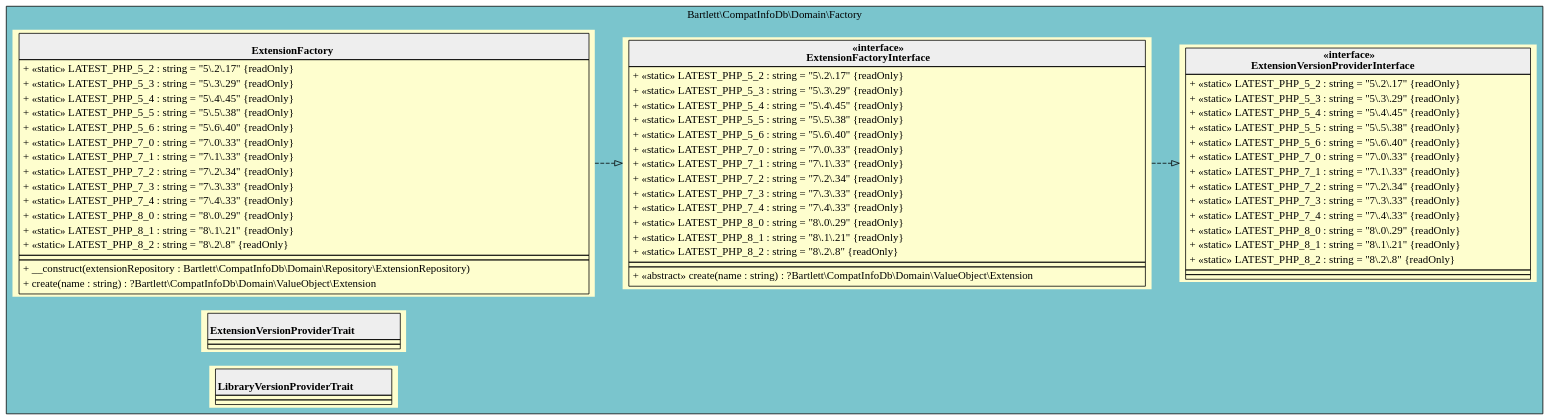
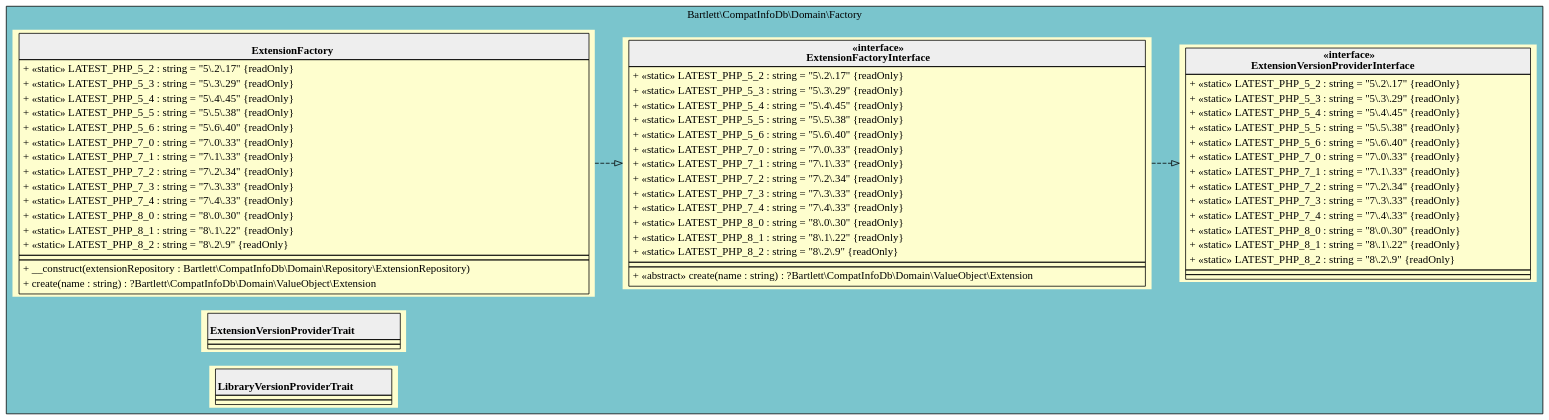
One commit to llaville/php-compatinfo-db changed the diagram in 5.x/assets/images/domain-factory.html.gv. Above: the diagram before and after it, drawn with Graphviz. The commit also changed 38 other files, not shown here.

```diff
--- a/5.x/assets/images/domain-factory.html.gv
+++ b/5.x/assets/images/domain-factory.html.gv
@@ -1,90 +1,90 @@
 digraph {
   graph [rankdir="LR" bgcolor="transparent"]
   node [fillcolor="#FEFECE" style="filled"]
   subgraph cluster_0 {
     graph [bgcolor="cadetblue3"]
     label = "Bartlett\\CompatInfoDb\\Domain\\Factory"
     "Bartlett\\CompatInfoDb\\Domain\\Factory\\ExtensionFactory" [shape="none" label=<
 <table cellspacing="0" border="0" cellborder="1">
     <tr><td bgcolor="#eeeeee"><b><br/>ExtensionFactory</b></td></tr>
     <tr><td><table border="0" cellspacing="0" cellpadding="2">
     <tr><td align="left">+ «static» LATEST_PHP_5_2 : string = "5\.2\.17" {readOnly}</td></tr>
     <tr><td align="left">+ «static» LATEST_PHP_5_3 : string = "5\.3\.29" {readOnly}</td></tr>
     <tr><td align="left">+ «static» LATEST_PHP_5_4 : string = "5\.4\.45" {readOnly}</td></tr>
     <tr><td align="left">+ «static» LATEST_PHP_5_5 : string = "5\.5\.38" {readOnly}</td></tr>
     <tr><td align="left">+ «static» LATEST_PHP_5_6 : string = "5\.6\.40" {readOnly}</td></tr>
     <tr><td align="left">+ «static» LATEST_PHP_7_0 : string = "7\.0\.33" {readOnly}</td></tr>
     <tr><td align="left">+ «static» LATEST_PHP_7_1 : string = "7\.1\.33" {readOnly}</td></tr>
     <tr><td align="left">+ «static» LATEST_PHP_7_2 : string = "7\.2\.34" {readOnly}</td></tr>
     <tr><td align="left">+ «static» LATEST_PHP_7_3 : string = "7\.3\.33" {readOnly}</td></tr>
     <tr><td align="left">+ «static» LATEST_PHP_7_4 : string = "7\.4\.33" {readOnly}</td></tr>
-    <tr><td align="left">+ «static» LATEST_PHP_8_0 : string = "8\.0\.29" {readOnly}</td></tr>
-    <tr><td align="left">+ «static» LATEST_PHP_8_1 : string = "8\.1\.21" {readOnly}</td></tr>
-    <tr><td align="left">+ «static» LATEST_PHP_8_2 : string = "8\.2\.8" {readOnly}</td></tr>
+    <tr><td align="left">+ «static» LATEST_PHP_8_0 : string = "8\.0\.30" {readOnly}</td></tr>
+    <tr><td align="left">+ «static» LATEST_PHP_8_1 : string = "8\.1\.22" {readOnly}</td></tr>
+    <tr><td align="left">+ «static» LATEST_PHP_8_2 : string = "8\.2\.9" {readOnly}</td></tr>
 </table></td></tr>
     <tr><td></td></tr>
     <tr><td><table border="0" cellspacing="0" cellpadding="2">
     <tr><td align="left">+ __construct(extensionRepository : Bartlett\\CompatInfoDb\\Domain\\Repository\\ExtensionRepository)</td></tr>
     <tr><td align="left">+ create(name : string) : ?Bartlett\\CompatInfoDb\\Domain\\ValueObject\\Extension</td></tr>
 </table></td></tr>
 </table>>]
     "Bartlett\\CompatInfoDb\\Domain\\Factory\\ExtensionFactoryInterface" [shape="none" label=<
 <table cellspacing="0" border="0" cellborder="1">
     <tr><td bgcolor="#eeeeee"><b>«interface»<br/>ExtensionFactoryInterface</b></td></tr>
     <tr><td><table border="0" cellspacing="0" cellpadding="2">
     <tr><td align="left">+ «static» LATEST_PHP_5_2 : string = "5\.2\.17" {readOnly}</td></tr>
     <tr><td align="left">+ «static» LATEST_PHP_5_3 : string = "5\.3\.29" {readOnly}</td></tr>
     <tr><td align="left">+ «static» LATEST_PHP_5_4 : string = "5\.4\.45" {readOnly}</td></tr>
     <tr><td align="left">+ «static» LATEST_PHP_5_5 : string = "5\.5\.38" {readOnly}</td></tr>
     <tr><td align="left">+ «static» LATEST_PHP_5_6 : string = "5\.6\.40" {readOnly}</td></tr>
     <tr><td align="left">+ «static» LATEST_PHP_7_0 : string = "7\.0\.33" {readOnly}</td></tr>
     <tr><td align="left">+ «static» LATEST_PHP_7_1 : string = "7\.1\.33" {readOnly}</td></tr>
     <tr><td align="left">+ «static» LATEST_PHP_7_2 : string = "7\.2\.34" {readOnly}</td></tr>
     <tr><td align="left">+ «static» LATEST_PHP_7_3 : string = "7\.3\.33" {readOnly}</td></tr>
     <tr><td align="left">+ «static» LATEST_PHP_7_4 : string = "7\.4\.33" {readOnly}</td></tr>
-    <tr><td align="left">+ «static» LATEST_PHP_8_0 : string = "8\.0\.29" {readOnly}</td></tr>
-    <tr><td align="left">+ «static» LATEST_PHP_8_1 : string = "8\.1\.21" {readOnly}</td></tr>
-    <tr><td align="left">+ «static» LATEST_PHP_8_2 : string = "8\.2\.8" {readOnly}</td></tr>
+    <tr><td align="left">+ «static» LATEST_PHP_8_0 : string = "8\.0\.30" {readOnly}</td></tr>
+    <tr><td align="left">+ «static» LATEST_PHP_8_1 : string = "8\.1\.22" {readOnly}</td></tr>
+    <tr><td align="left">+ «static» LATEST_PHP_8_2 : string = "8\.2\.9" {readOnly}</td></tr>
 </table></td></tr>
     <tr><td></td></tr>
     <tr><td><table border="0" cellspacing="0" cellpadding="2">
     <tr><td align="left">+ «abstract» create(name : string) : ?Bartlett\\CompatInfoDb\\Domain\\ValueObject\\Extension</td></tr>
 </table></td></tr>
 </table>>]
     "Bartlett\\CompatInfoDb\\Domain\\Factory\\ExtensionVersionProviderInterface" [shape="none" label=<
 <table cellspacing="0" border="0" cellborder="1">
     <tr><td bgcolor="#eeeeee"><b>«interface»<br/>ExtensionVersionProviderInterface</b></td></tr>
     <tr><td><table border="0" cellspacing="0" cellpadding="2">
     <tr><td align="left">+ «static» LATEST_PHP_5_2 : string = "5\.2\.17" {readOnly}</td></tr>
     <tr><td align="left">+ «static» LATEST_PHP_5_3 : string = "5\.3\.29" {readOnly}</td></tr>
     <tr><td align="left">+ «static» LATEST_PHP_5_4 : string = "5\.4\.45" {readOnly}</td></tr>
     <tr><td align="left">+ «static» LATEST_PHP_5_5 : string = "5\.5\.38" {readOnly}</td></tr>
     <tr><td align="left">+ «static» LATEST_PHP_5_6 : string = "5\.6\.40" {readOnly}</td></tr>
     <tr><td align="left">+ «static» LATEST_PHP_7_0 : string = "7\.0\.33" {readOnly}</td></tr>
     <tr><td align="left">+ «static» LATEST_PHP_7_1 : string = "7\.1\.33" {readOnly}</td></tr>
     <tr><td align="left">+ «static» LATEST_PHP_7_2 : string = "7\.2\.34" {readOnly}</td></tr>
     <tr><td align="left">+ «static» LATEST_PHP_7_3 : string = "7\.3\.33" {readOnly}</td></tr>
     <tr><td align="left">+ «static» LATEST_PHP_7_4 : string = "7\.4\.33" {readOnly}</td></tr>
-    <tr><td align="left">+ «static» LATEST_PHP_8_0 : string = "8\.0\.29" {readOnly}</td></tr>
-    <tr><td align="left">+ «static» LATEST_PHP_8_1 : string = "8\.1\.21" {readOnly}</td></tr>
-    <tr><td align="left">+ «static» LATEST_PHP_8_2 : string = "8\.2\.8" {readOnly}</td></tr>
+    <tr><td align="left">+ «static» LATEST_PHP_8_0 : string = "8\.0\.30" {readOnly}</td></tr>
+    <tr><td align="left">+ «static» LATEST_PHP_8_1 : string = "8\.1\.22" {readOnly}</td></tr>
+    <tr><td align="left">+ «static» LATEST_PHP_8_2 : string = "8\.2\.9" {readOnly}</td></tr>
 </table></td></tr>
     <tr><td></td></tr>
     <tr><td></td></tr>
 </table>>]
     "Bartlett\\CompatInfoDb\\Domain\\Factory\\ExtensionVersionProviderTrait" [shape="none" label=<
 <table cellspacing="0" border="0" cellborder="1">
     <tr><td bgcolor="#eeeeee"><b><br/>ExtensionVersionProviderTrait</b></td></tr>
     <tr><td></td></tr>
     <tr><td></td></tr>
 </table>>]
     "Bartlett\\CompatInfoDb\\Domain\\Factory\\LibraryVersionProviderTrait" [shape="none" label=<
 <table cellspacing="0" border="0" cellborder="1">
     <tr><td bgcolor="#eeeeee"><b><br/>LibraryVersionProviderTrait</b></td></tr>
     <tr><td></td></tr>
     <tr><td></td></tr>
 </table>>]
   }
   "Bartlett\\CompatInfoDb\\Domain\\Factory\\ExtensionFactoryInterface" -> "Bartlett\\CompatInfoDb\\Domain\\Factory\\ExtensionVersionProviderInterface" [arrowhead="empty" style="dashed"]
   "Bartlett\\CompatInfoDb\\Domain\\Factory\\ExtensionFactory" -> "Bartlett\\CompatInfoDb\\Domain\\Factory\\ExtensionFactoryInterface" [arrowhead="empty" style="dashed"]
 }
```
